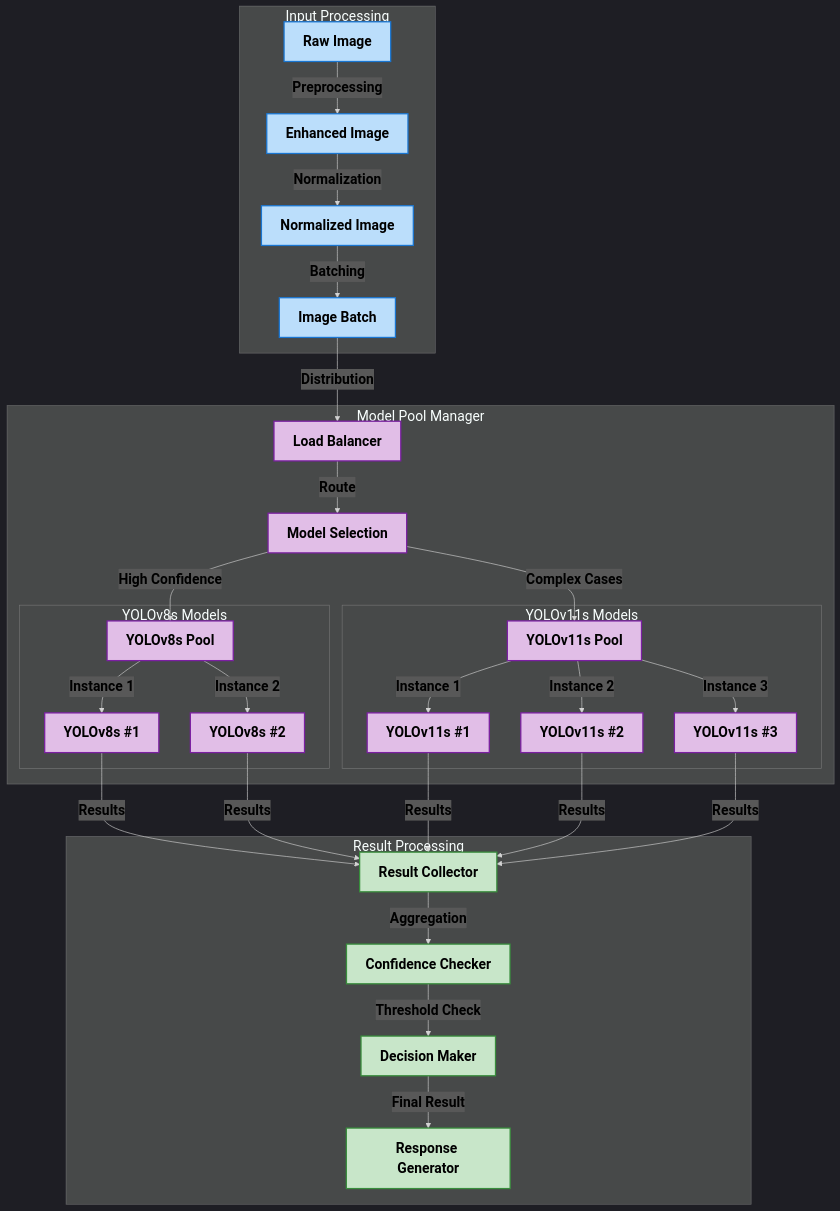
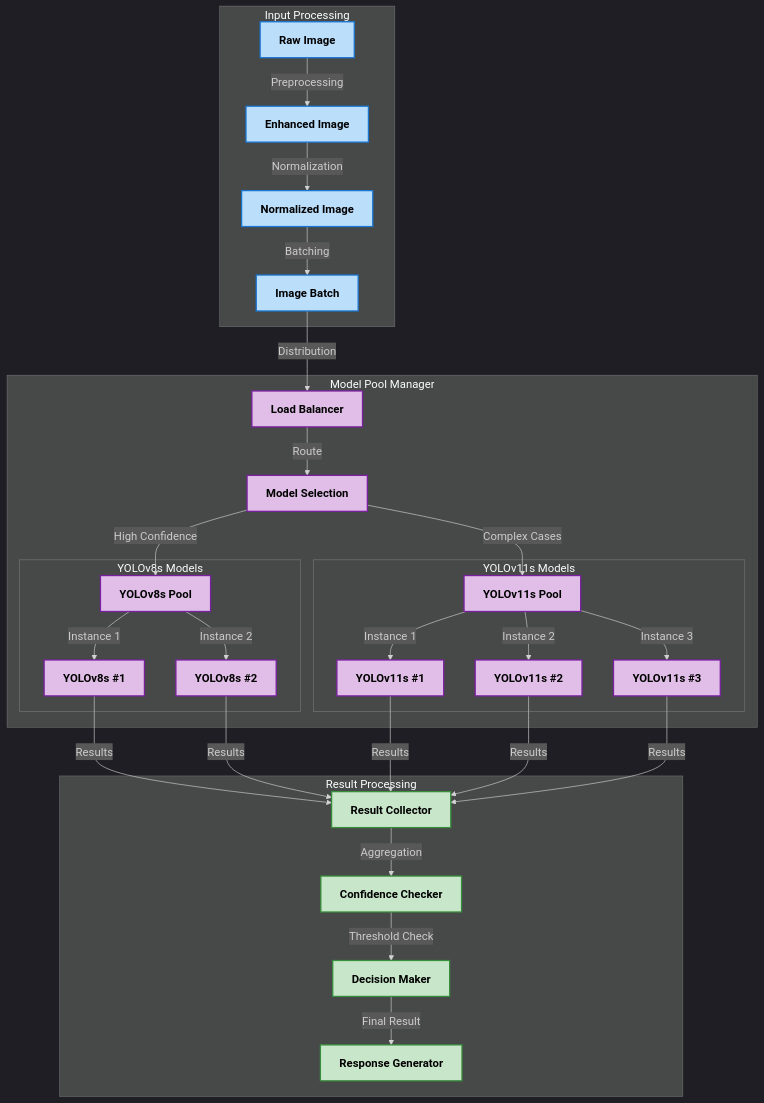
The sixth of 9 diagrams in README.md (Dhruv0306/SymphonyProject1), drawn with Mermaid before and after one commit. The commit also changed other lines of this file, not shown here.

First line of the commit message:
docs: enhance system architecture documentation and API specs

````diff
--- a/README.md
+++ b/README.md
@@ -912,55 +315,52 @@
 ```mermaid
-%%{init: {'theme': 'dark', 'themeVariables': { 'fontFamily': 'arial', 'fontSize': '22px'}}}%%
+%%{init: {'theme': 'dark', 'themeVariables': { 'fontFamily': 'arial', 'fontSize': '18px', 'fontWeight': 'bold'}}}%%
 graph TD
     subgraph "Input Processing" 
         style A fill:#bbdefb,stroke:#1976d2,stroke-width:2px,color:#000000,font-weight:bold
         style B fill:#bbdefb,stroke:#1976d2,stroke-width:2px,color:#000000,font-weight:bold
         style C fill:#bbdefb,stroke:#1976d2,stroke-width:2px,color:#000000,font-weight:bold
         style D fill:#bbdefb,stroke:#1976d2,stroke-width:2px,color:#000000,font-weight:bold
         A[Raw Image] -->|Preprocessing| B[Enhanced Image]
         B -->|Normalization| C[Normalized Image]
         C -->|Batching| D[Image Batch]
     end
 
     subgraph "Model Pool Manager" 
         style E fill:#e1bee7,stroke:#7b1fa2,stroke-width:2px,color:#000000,font-weight:bold
         style F fill:#e1bee7,stroke:#7b1fa2,stroke-width:2px,color:#000000,font-weight:bold
         style G fill:#e1bee7,stroke:#7b1fa2,stroke-width:2px,color:#000000,font-weight:bold
         style H fill:#e1bee7,stroke:#7b1fa2,stroke-width:2px,color:#000000,font-weight:bold
         style I1 fill:#e1bee7,stroke:#7b1fa2,stroke-width:2px,color:#000000,font-weight:bold
         style I2 fill:#e1bee7,stroke:#7b1fa2,stroke-width:2px,color:#000000,font-weight:bold
         style J1 fill:#e1bee7,stroke:#7b1fa2,stroke-width:2px,color:#000000,font-weight:bold
         style J2 fill:#e1bee7,stroke:#7b1fa2,stroke-width:2px,color:#000000,font-weight:bold
         style J3 fill:#e1bee7,stroke:#7b1fa2,stroke-width:2px,color:#000000,font-weight:bold
         D -->|Distribution| E[Load Balancer]
         E -->|Route| F[Model Selection]
         
         F -->|High Confidence| G[YOLOv8s Pool]
         F -->|Complex Cases| H[YOLOv11s Pool]
         
         subgraph "YOLOv8s Models"
             G -->|Instance 1| I1[YOLOv8s #1]
             G -->|Instance 2| I2[YOLOv8s #2]
         end
         
         subgraph "YOLOv11s Models"
             H -->|Instance 1| J1[YOLOv11s #1]
             H -->|Instance 2| J2[YOLOv11s #2]
             H -->|Instance 3| J3[YOLOv11s #3]
         end
     end
 
     subgraph "Result Processing" 
         style K fill:#c8e6c9,stroke:#388e3c,stroke-width:2px,color:#000000,font-weight:bold
         style L fill:#c8e6c9,stroke:#388e3c,stroke-width:2px,color:#000000,font-weight:bold
         style M fill:#c8e6c9,stroke:#388e3c,stroke-width:2px,color:#000000,font-weight:bold
         style N fill:#c8e6c9,stroke:#388e3c,stroke-width:2px,color:#000000,font-weight:bold
         I1 & I2 & J1 & J2 & J3 -->|Results| K[Result Collector]
         K -->|Aggregation| L[Confidence Checker]
         L -->|Threshold Check| M[Decision Maker]
         M -->|Final Result| N[Response Generator]
     end
-
-    %% Style all edge labels
-    linkStyle default color:#000000,font-weight:bold
 ```
````
